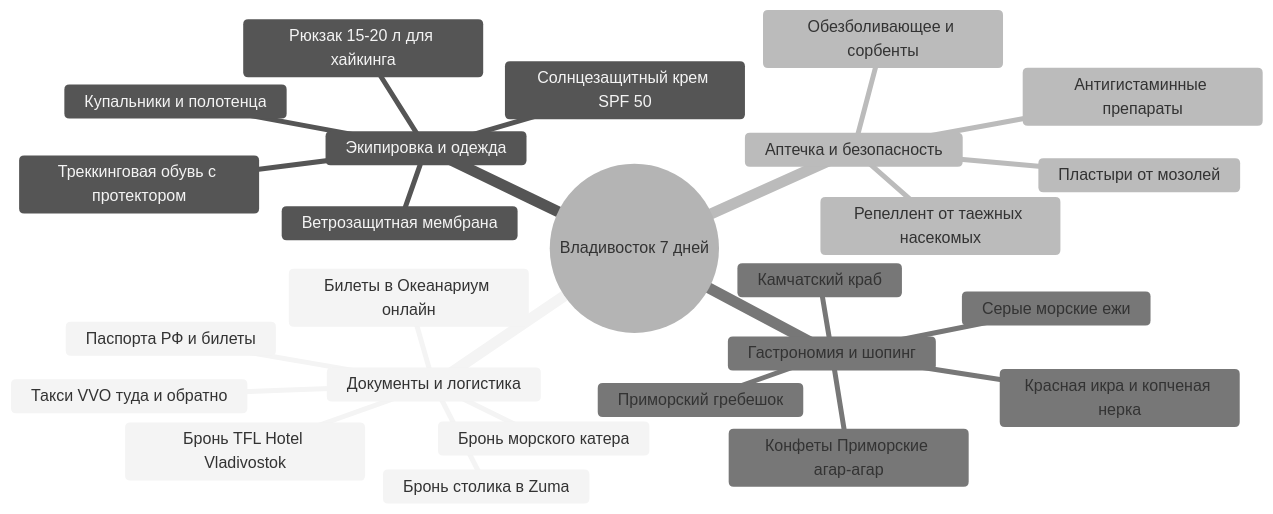
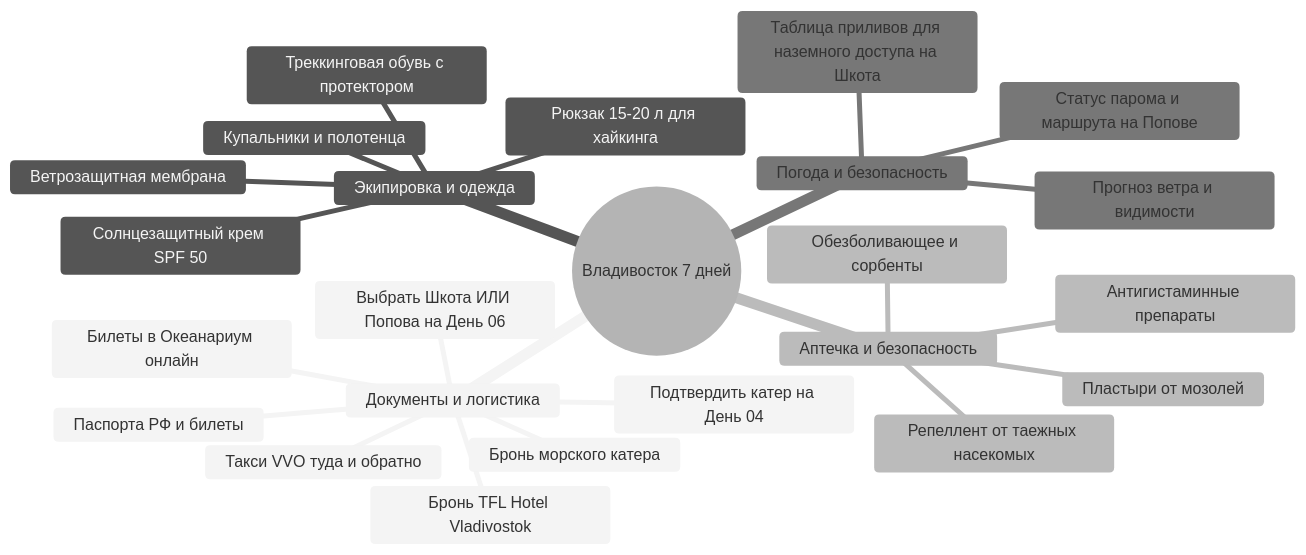
The diagram in Personal Note/Travel/-- Владивосток/06 - Чек лист/06 - Чек лист.md (injurka/obsidian-mark), drawn with Mermaid (neutral theme) before and after one commit. The commit also changed other lines of this file and 47 other files, not shown here.

````diff
--- a/Personal Note/Travel/-- Владивосток/06 - Чек лист/06 - Чек лист.md
+++ b/Personal Note/Travel/-- Владивосток/06 - Чек лист/06 - Чек лист.md
@@ -9,28 +9,27 @@
 ```mermaid
 mindmap
   root((Владивосток 7 дней))
     Документы и логистика
       Паспорта РФ и билеты
       Бронь TFL Hotel Vladivostok
       Такси VVO туда и обратно
       Билеты в Океанариум онлайн
       Бронь морского катера
-      Бронь столика в Zuma
+      Подтвердить катер на День 04
+      Выбрать Шкота ИЛИ Попова на День 06
     Экипировка и одежда
       Треккинговая обувь с протектором
       Ветрозащитная мембрана
       Купальники и полотенца
       Солнцезащитный крем SPF 50
       Рюкзак 15-20 л для хайкинга
     Аптечка и безопасность
       Пластыри от мозолей
       Антигистаминные препараты
       Репеллент от таежных насекомых
       Обезболивающее и сорбенты
-    Гастрономия и шопинг
-      Камчатский краб
-      Приморский гребешок
-      Серые морские ежи
-      Конфеты Приморские агар-агар
-      Красная икра и копченая нерка
+    Погода и безопасность
+      Прогноз ветра и видимости
+      Таблица приливов для наземного доступа на Шкота
+      Статус парома и маршрута на Попове
 ```
````
